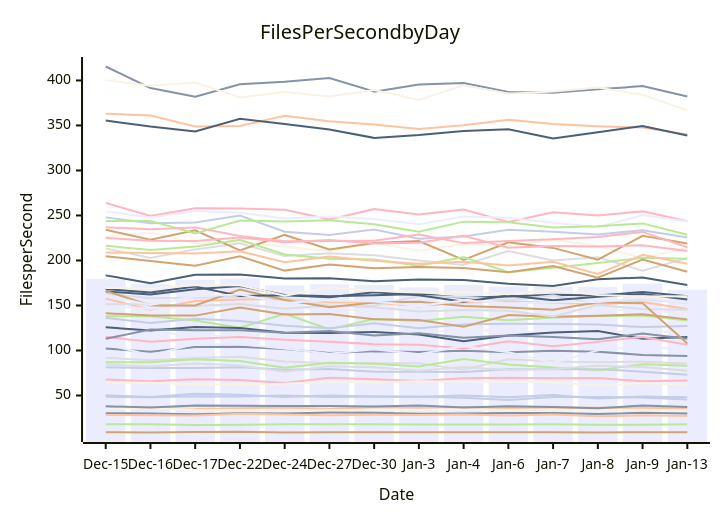
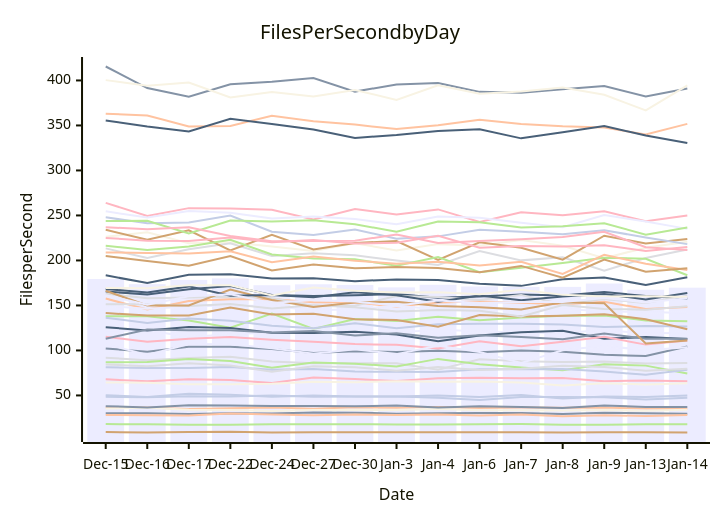
Before and after one commit to streetsidesoftware/cspell: the diagram in perf-report.md, drawn with Mermaid. The commit also changed other lines of this file and 1 other file, not shown here.

````diff
--- a/perf-report.md
+++ b/perf-report.md
@@ -10,57 +10,57 @@
 ```mermaid
 xychart-beta
     title Files Per Second by Day
     y-axis Files per Second
-    x-axis Date [Dec-15, Dec-16, Dec-17, Dec-22, Dec-24, Dec-27, Dec-30, Jan-3, Jan-4, Jan-6, Jan-7, Jan-8, Jan-9, Jan-13]
-    bar [179.36, 173.64, 178.43, 180.09, 172.48, 173.54, 172.79, 170.07, 172.98, 171.06, 170.63, 170.60, 174.36, 167.48]
-    line [30.21, 30.10, 29.27, 30.24, 30.04, 30.99, 30.88, 29.79, 30.12, 30.58, 30.44, 29.43, 30.82, 30.13]
-    line [36.51, 36.62, 35.07, 35.79, 36.55, 35.09, 36.98, 36.38, 37.08, 36.07, 36.65, 36.34, 36.49, 35.46]
-    line [91.85, 89.18, 91.59, 93.06, 87.76, 85.72, 85.81, 85.78, 78.64, 90.27, 87.90, 87.06, 87.60, 85.54]
-    line [138.00, 137.98, 133.31, 125.20, 140.89, 123.76, 134.99, 132.64, 137.41, 133.47, 136.71, 138.45, 138.88, 133.26]
-    line [9.27, 8.94, 9.45, 9.78, 8.90, 9.07, 9.12, 9.16, 9.11, 9.12, 9.14, 8.90, 9.21, 9.09]
-    line [136.38, 130.55, 135.39, 132.89, 127.54, 124.61, 130.19, 124.72, 128.97, 129.63, 129.57, 128.75, 125.98, 127.26]
-    line [67.91, 65.71, 68.06, 67.11, 63.78, 69.83, 68.15, 65.99, 69.11, 69.77, 69.09, 69.36, 65.84, 66.66]
-    line [183.45, 174.84, 184.02, 184.52, 180.06, 180.25, 176.99, 178.92, 178.38, 174.22, 171.75, 179.11, 181.04, 172.87]
-    line [226.27, 231.21, 219.13, 220.31, 215.56, 210.39, 219.17, 210.98, 218.13, 216.47, 222.63, 216.37, 202.60, 214.18]
-    line [121.82, 122.30, 114.99, 117.98, 119.98, 122.26, 120.11, 120.07, 122.96, 121.36, 120.04, 119.36, 122.67, 118.82]
-    line [415.50, 391.53, 381.89, 395.71, 398.52, 402.79, 387.60, 395.60, 397.05, 387.31, 386.47, 390.16, 393.74, 382.18]
-    line [157.64, 145.39, 155.01, 156.77, 157.19, 153.46, 153.21, 148.91, 153.20, 154.41, 153.05, 151.33, 153.98, 146.13]
-    line [213.39, 202.82, 212.32, 219.19, 204.86, 207.97, 205.76, 199.93, 194.96, 210.48, 200.08, 203.53, 188.73, 202.65]
-    line [86.83, 87.07, 90.37, 88.26, 80.81, 86.47, 85.34, 82.22, 90.61, 84.54, 80.98, 78.06, 84.72, 83.13]
-    line [234.07, 222.96, 233.49, 211.10, 228.39, 212.27, 219.38, 221.60, 200.66, 220.18, 213.99, 200.90, 227.46, 218.81]
-    line [81.37, 80.53, 80.51, 81.49, 78.49, 79.44, 76.50, 76.34, 76.08, 79.03, 79.23, 79.24, 76.50, 72.97]
-    line [263.96, 249.42, 258.13, 257.62, 256.30, 245.45, 257.10, 251.12, 256.72, 242.84, 253.62, 250.11, 254.55, 243.64]
-    line [125.85, 122.14, 126.07, 124.95, 119.60, 119.43, 120.64, 117.82, 110.33, 116.53, 120.08, 121.77, 112.94, 114.87]
-    line [35.56, 36.21, 34.19, 33.89, 32.69, 33.95, 33.78, 33.96, 34.86, 33.41, 33.47, 33.19, 33.82, 33.01]
-    line [149.53, 146.32, 148.93, 149.89, 149.32, 144.39, 145.93, 149.70, 145.36, 146.19, 145.02, 146.18, 143.49, 142.76]
-    line [38.12, 36.63, 38.97, 38.70, 38.32, 38.26, 37.85, 38.77, 36.54, 38.02, 37.20, 35.97, 38.77, 37.19]
-    line [363.03, 361.09, 348.96, 349.43, 360.81, 354.60, 350.95, 345.98, 350.21, 356.35, 351.62, 349.11, 347.65, 339.94]
-    line [84.51, 82.32, 85.67, 83.25, 76.44, 82.43, 81.41, 77.52, 81.68, 78.20, 79.53, 83.01, 81.62, 77.54]
-    line [216.34, 211.66, 215.40, 222.98, 206.68, 202.06, 201.20, 194.13, 203.79, 186.99, 191.85, 197.16, 203.10, 201.84]
-    line [141.51, 138.80, 138.75, 147.65, 140.01, 140.67, 134.58, 133.84, 126.46, 139.31, 137.59, 138.48, 140.31, 134.58]
-    line [48.59, 47.94, 49.07, 48.96, 49.98, 48.46, 48.82, 48.74, 47.38, 44.97, 48.20, 48.28, 47.88, 45.48]
-    line [115.18, 109.59, 113.00, 115.03, 111.88, 109.68, 107.07, 106.25, 102.14, 110.16, 104.65, 109.58, 115.11, 106.48]
-    line [165.49, 162.20, 168.07, 171.52, 161.55, 160.38, 161.25, 162.72, 158.59, 160.02, 162.06, 161.10, 164.91, 160.36]
-    line [64.35, 64.10, 62.51, 62.39, 63.01, 65.26, 64.66, 65.89, 65.11, 65.47, 64.47, 61.13, 63.67, 62.15]
-    line [254.55, 247.67, 254.88, 252.93, 246.70, 248.73, 245.95, 240.13, 248.92, 247.35, 241.85, 236.85, 250.47, 243.18]
-    line [102.19, 98.64, 104.01, 104.04, 101.53, 97.16, 99.08, 98.33, 99.60, 97.96, 99.84, 98.62, 95.10, 93.83]
-    line [208.88, 208.37, 207.77, 210.28, 198.12, 204.40, 199.78, 196.30, 198.61, 194.45, 198.60, 185.12, 206.27, 196.30]
-    line [151.43, 151.38, 149.35, 151.56, 146.50, 150.10, 148.04, 143.32, 145.06, 144.14, 137.83, 150.50, 146.15, 145.30]
-    line [18.13, 17.93, 17.37, 17.53, 18.08, 17.97, 17.93, 17.83, 17.83, 17.89, 18.19, 17.48, 17.44, 18.04]
-    line [204.82, 199.34, 194.10, 204.78, 188.75, 195.62, 191.45, 192.64, 191.68, 186.85, 193.93, 180.85, 201.04, 187.54]
-    line [247.88, 241.35, 242.19, 249.98, 231.90, 228.38, 234.40, 224.05, 226.75, 234.01, 231.87, 229.00, 233.60, 225.53]
-    line [225.00, 222.02, 221.71, 225.51, 220.33, 222.69, 218.79, 219.63, 227.40, 214.16, 216.11, 215.58, 216.92, 210.61]
-    line [355.49, 348.84, 343.31, 357.38, 351.53, 345.39, 336.17, 339.40, 343.93, 345.83, 335.66, 342.43, 349.42, 338.80]
-    line [400.36, 394.11, 397.72, 381.16, 387.10, 382.18, 389.40, 378.43, 394.66, 385.25, 387.67, 392.05, 384.01, 366.78]
-    line [107.13, 94.87, 107.05, 106.83, 102.33, 96.35, 101.39, 95.92, 105.11, 98.16, 86.10, 100.14, 105.08, 100.22]
-    line [112.97, 123.23, 122.39, 122.57, 119.82, 121.66, 116.64, 119.03, 114.16, 116.74, 115.06, 112.51, 118.83, 112.95]
-    line [28.26, 28.09, 27.81, 29.86, 28.77, 27.94, 28.71, 28.29, 28.89, 27.76, 28.93, 26.82, 27.98, 27.25]
-    line [163.12, 158.04, 158.90, 159.56, 158.26, 149.38, 149.63, 160.44, 159.38, 155.94, 161.49, 151.30, 157.09, 152.68]
-    line [243.88, 243.97, 230.01, 244.43, 243.32, 244.74, 240.28, 231.82, 243.15, 242.35, 236.52, 238.12, 241.19, 228.64]
-    line [166.27, 150.03, 149.99, 167.61, 155.99, 148.15, 153.37, 154.17, 149.42, 147.86, 145.38, 153.63, 152.37, 107.78]
-    line [50.29, 48.39, 51.90, 50.84, 48.41, 49.94, 48.88, 48.70, 49.88, 48.16, 50.54, 46.59, 48.81, 48.15]
-    line [236.86, 234.70, 236.77, 227.25, 221.39, 221.64, 222.00, 228.77, 219.30, 221.68, 223.62, 226.04, 231.74, 214.77]
-    line [168.20, 164.35, 171.17, 160.66, 161.47, 159.18, 164.75, 161.43, 154.09, 160.97, 155.89, 159.83, 162.81, 156.59]
-    line [169.36, 169.15, 172.44, 172.46, 160.97, 170.04, 166.42, 164.47, 164.70, 162.35, 167.49, 161.75, 159.91, 160.33]
-    line [161.29, 150.68, 160.30, 162.32, 152.82, 156.10, 154.49, 149.59, 155.51, 152.61, 153.69, 153.81, 158.28, 153.24]
+    x-axis Date [Dec-15, Dec-16, Dec-17, Dec-22, Dec-24, Dec-27, Dec-30, Jan-3, Jan-4, Jan-6, Jan-7, Jan-8, Jan-9, Jan-13, Jan-14]
+    bar [179.36, 173.64, 178.43, 180.09, 172.48, 173.54, 172.79, 170.07, 172.98, 171.06, 170.63, 170.60, 174.36, 167.48, 169.75]
+    line [30.21, 30.10, 29.27, 30.24, 30.04, 30.99, 30.88, 29.79, 30.12, 30.58, 30.44, 29.43, 30.82, 30.13, 29.74]
+    line [36.51, 36.62, 35.07, 35.79, 36.55, 35.09, 36.98, 36.38, 37.08, 36.07, 36.65, 36.34, 36.49, 35.46, 35.24]
+    line [91.85, 89.18, 91.59, 93.06, 87.76, 85.72, 85.81, 85.78, 78.64, 90.27, 87.90, 87.06, 87.60, 85.54, 86.15]
+    line [138.00, 137.98, 133.31, 125.20, 140.89, 123.76, 134.99, 132.64, 137.41, 133.47, 136.71, 138.45, 138.88, 133.26, 132.31]
+    line [9.27, 8.94, 9.45, 9.78, 8.90, 9.07, 9.12, 9.16, 9.11, 9.12, 9.14, 8.90, 9.21, 9.09, 8.82]
+    line [136.38, 130.55, 135.39, 132.89, 127.54, 124.61, 130.19, 124.72, 128.97, 129.63, 129.57, 128.75, 125.98, 127.26, 126.67]
+    line [67.91, 65.71, 68.06, 67.11, 63.78, 69.83, 68.15, 65.99, 69.11, 69.77, 69.09, 69.36, 65.84, 66.66, 65.78]
+    line [183.45, 174.84, 184.02, 184.52, 180.06, 180.25, 176.99, 178.92, 178.38, 174.22, 171.75, 179.11, 181.04, 172.87, 181.24]
+    line [226.27, 231.21, 219.13, 220.31, 215.56, 210.39, 219.17, 210.98, 218.13, 216.47, 222.63, 216.37, 202.60, 214.18, 220.74]
+    line [121.82, 122.30, 114.99, 117.98, 119.98, 122.26, 120.11, 120.07, 122.96, 121.36, 120.04, 119.36, 122.67, 118.82, 119.70]
+    line [415.50, 391.53, 381.89, 395.71, 398.52, 402.79, 387.60, 395.60, 397.05, 387.31, 386.47, 390.16, 393.74, 382.18, 391.17]
+    line [157.64, 145.39, 155.01, 156.77, 157.19, 153.46, 153.21, 148.91, 153.20, 154.41, 153.05, 151.33, 153.98, 146.13, 148.32]
+    line [213.39, 202.82, 212.32, 219.19, 204.86, 207.97, 205.76, 199.93, 194.96, 210.48, 200.08, 203.53, 188.73, 202.65, 212.27]
+    line [86.83, 87.07, 90.37, 88.26, 80.81, 86.47, 85.34, 82.22, 90.61, 84.54, 80.98, 78.06, 84.72, 83.13, 74.36]
+    line [234.07, 222.96, 233.49, 211.10, 228.39, 212.27, 219.38, 221.60, 200.66, 220.18, 213.99, 200.90, 227.46, 218.81, 223.94]
+    line [81.37, 80.53, 80.51, 81.49, 78.49, 79.44, 76.50, 76.34, 76.08, 79.03, 79.23, 79.24, 76.50, 72.97, 78.65]
+    line [263.96, 249.42, 258.13, 257.62, 256.30, 245.45, 257.10, 251.12, 256.72, 242.84, 253.62, 250.11, 254.55, 243.64, 250.04]
+    line [125.85, 122.14, 126.07, 124.95, 119.60, 119.43, 120.64, 117.82, 110.33, 116.53, 120.08, 121.77, 112.94, 114.87, 112.73]
+    line [35.56, 36.21, 34.19, 33.89, 32.69, 33.95, 33.78, 33.96, 34.86, 33.41, 33.47, 33.19, 33.82, 33.01, 34.00]
+    line [149.53, 146.32, 148.93, 149.89, 149.32, 144.39, 145.93, 149.70, 145.36, 146.19, 145.02, 146.18, 143.49, 142.76, 141.64]
+    line [38.12, 36.63, 38.97, 38.70, 38.32, 38.26, 37.85, 38.77, 36.54, 38.02, 37.20, 35.97, 38.77, 37.19, 37.15]
+    line [363.03, 361.09, 348.96, 349.43, 360.81, 354.60, 350.95, 345.98, 350.21, 356.35, 351.62, 349.11, 347.65, 339.94, 351.75]
+    line [84.51, 82.32, 85.67, 83.25, 76.44, 82.43, 81.41, 77.52, 81.68, 78.20, 79.53, 83.01, 81.62, 77.54, 79.76]
+    line [216.34, 211.66, 215.40, 222.98, 206.68, 202.06, 201.20, 194.13, 203.79, 186.99, 191.85, 197.16, 203.10, 201.84, 183.49]
+    line [141.51, 138.80, 138.75, 147.65, 140.01, 140.67, 134.58, 133.84, 126.46, 139.31, 137.59, 138.48, 140.31, 134.58, 123.64]
+    line [48.59, 47.94, 49.07, 48.96, 49.98, 48.46, 48.82, 48.74, 47.38, 44.97, 48.20, 48.28, 47.88, 45.48, 47.52]
+    line [115.18, 109.59, 113.00, 115.03, 111.88, 109.68, 107.07, 106.25, 102.14, 110.16, 104.65, 109.58, 115.11, 106.48, 111.07]
+    line [165.49, 162.20, 168.07, 171.52, 161.55, 160.38, 161.25, 162.72, 158.59, 160.02, 162.06, 161.10, 164.91, 160.36, 157.59]
+    line [64.35, 64.10, 62.51, 62.39, 63.01, 65.26, 64.66, 65.89, 65.11, 65.47, 64.47, 61.13, 63.67, 62.15, 63.63]
+    line [254.55, 247.67, 254.88, 252.93, 246.70, 248.73, 245.95, 240.13, 248.92, 247.35, 241.85, 236.85, 250.47, 243.18, 235.07]
+    line [102.19, 98.64, 104.01, 104.04, 101.53, 97.16, 99.08, 98.33, 99.60, 97.96, 99.84, 98.62, 95.10, 93.83, 104.36]
+    line [208.88, 208.37, 207.77, 210.28, 198.12, 204.40, 199.78, 196.30, 198.61, 194.45, 198.60, 185.12, 206.27, 196.30, 189.40]
+    line [151.43, 151.38, 149.35, 151.56, 146.50, 150.10, 148.04, 143.32, 145.06, 144.14, 137.83, 150.50, 146.15, 145.30, 149.05]
+    line [18.13, 17.93, 17.37, 17.53, 18.08, 17.97, 17.93, 17.83, 17.83, 17.89, 18.19, 17.48, 17.44, 18.04, 18.04]
+    line [204.82, 199.34, 194.10, 204.78, 188.75, 195.62, 191.45, 192.64, 191.68, 186.85, 193.93, 180.85, 201.04, 187.54, 191.28]
+    line [247.88, 241.35, 242.19, 249.98, 231.90, 228.38, 234.40, 224.05, 226.75, 234.01, 231.87, 229.00, 233.60, 225.53, 218.14]
+    line [225.00, 222.02, 221.71, 225.51, 220.33, 222.69, 218.79, 219.63, 227.40, 214.16, 216.11, 215.58, 216.92, 210.61, 215.07]
+    line [355.49, 348.84, 343.31, 357.38, 351.53, 345.39, 336.17, 339.40, 343.93, 345.83, 335.66, 342.43, 349.42, 338.80, 330.51]
+    line [400.36, 394.11, 397.72, 381.16, 387.10, 382.18, 389.40, 378.43, 394.66, 385.25, 387.67, 392.05, 384.01, 366.78, 394.48]
+    line [107.13, 94.87, 107.05, 106.83, 102.33, 96.35, 101.39, 95.92, 105.11, 98.16, 86.10, 100.14, 105.08, 100.22, 103.42]
+    line [112.97, 123.23, 122.39, 122.57, 119.82, 121.66, 116.64, 119.03, 114.16, 116.74, 115.06, 112.51, 118.83, 112.95, 112.89]
+    line [28.26, 28.09, 27.81, 29.86, 28.77, 27.94, 28.71, 28.29, 28.89, 27.76, 28.93, 26.82, 27.98, 27.25, 28.25]
+    line [163.12, 158.04, 158.90, 159.56, 158.26, 149.38, 149.63, 160.44, 159.38, 155.94, 161.49, 151.30, 157.09, 152.68, 160.69]
+    line [243.88, 243.97, 230.01, 244.43, 243.32, 244.74, 240.28, 231.82, 243.15, 242.35, 236.52, 238.12, 241.19, 228.64, 236.61]
+    line [166.27, 150.03, 149.99, 167.61, 155.99, 148.15, 153.37, 154.17, 149.42, 147.86, 145.38, 153.63, 152.37, 107.78, 110.93]
+    line [50.29, 48.39, 51.90, 50.84, 48.41, 49.94, 48.88, 48.70, 49.88, 48.16, 50.54, 46.59, 48.81, 48.15, 49.96]
+    line [236.86, 234.70, 236.77, 227.25, 221.39, 221.64, 222.00, 228.77, 219.30, 221.68, 223.62, 226.04, 231.74, 214.77, 211.68]
+    line [168.20, 164.35, 171.17, 160.66, 161.47, 159.18, 164.75, 161.43, 154.09, 160.97, 155.89, 159.83, 162.81, 156.59, 163.92]
+    line [169.36, 169.15, 172.44, 172.46, 160.97, 170.04, 166.42, 164.47, 164.70, 162.35, 167.49, 161.75, 159.91, 160.33, 159.51]
+    line [161.29, 150.68, 160.30, 162.32, 152.82, 156.10, 154.49, 149.59, 155.51, 152.61, 153.69, 153.81, 158.28, 153.24, 158.05]
 ```
````
